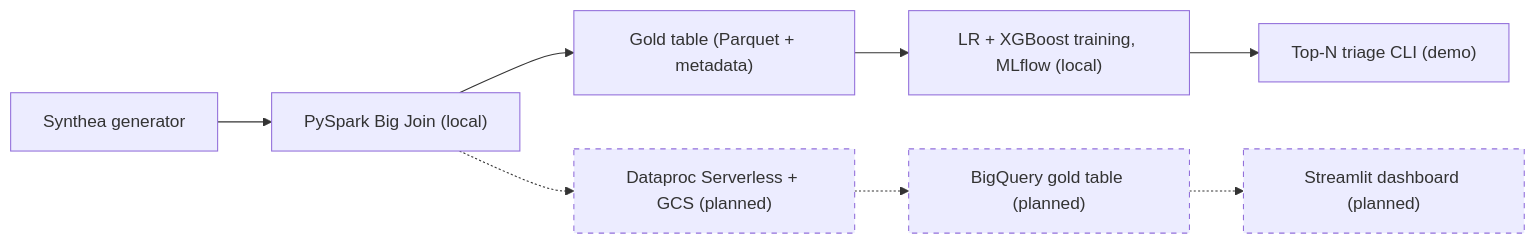
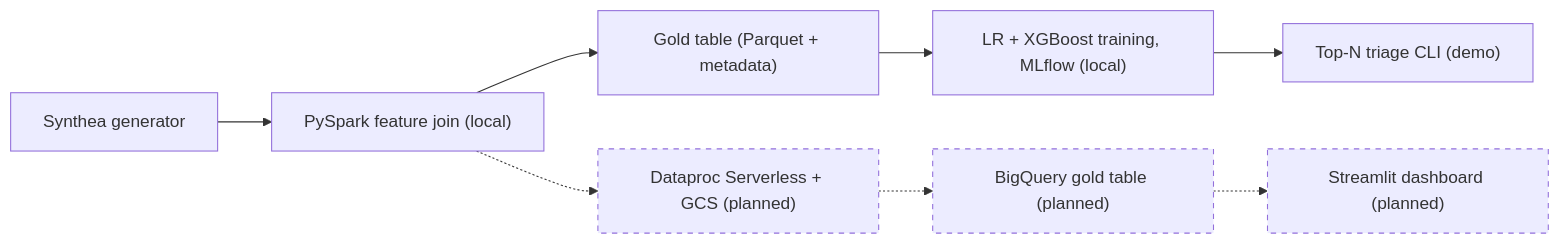
Before and after one commit to fma00/synthea-readmission-risk: the diagram in README.md, drawn with Mermaid. The commit also changed other lines of this file and 4 other files, not shown here.

````diff
--- a/README.md
+++ b/README.md
@@ -34,12 +32,12 @@
 ```mermaid
 flowchart LR
-  A["Synthea generator"] --> B["PySpark Big Join (local)"]
+  A["Synthea generator"] --> B["PySpark feature join (local)"]
   B --> C["Gold table (Parquet + metadata)"]
   C --> D["LR + XGBoost training, MLflow (local)"]
   D --> E["Top-N triage CLI (demo)"]
   B -.-> F["Dataproc Serverless + GCS (planned)"]
   F -.-> G["BigQuery gold table (planned)"]
   G -.-> H["Streamlit dashboard (planned)"]
   classDef planned stroke-dasharray:5 5
   class F,G,H planned
 ```
````
